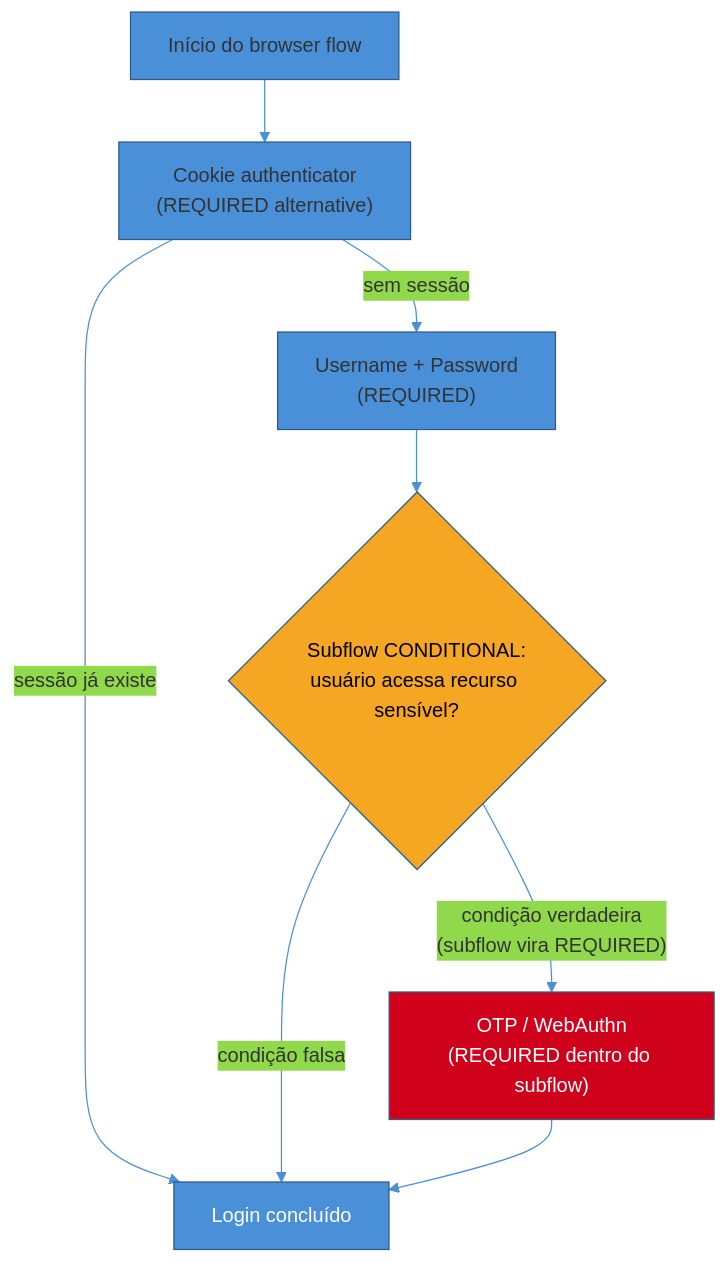
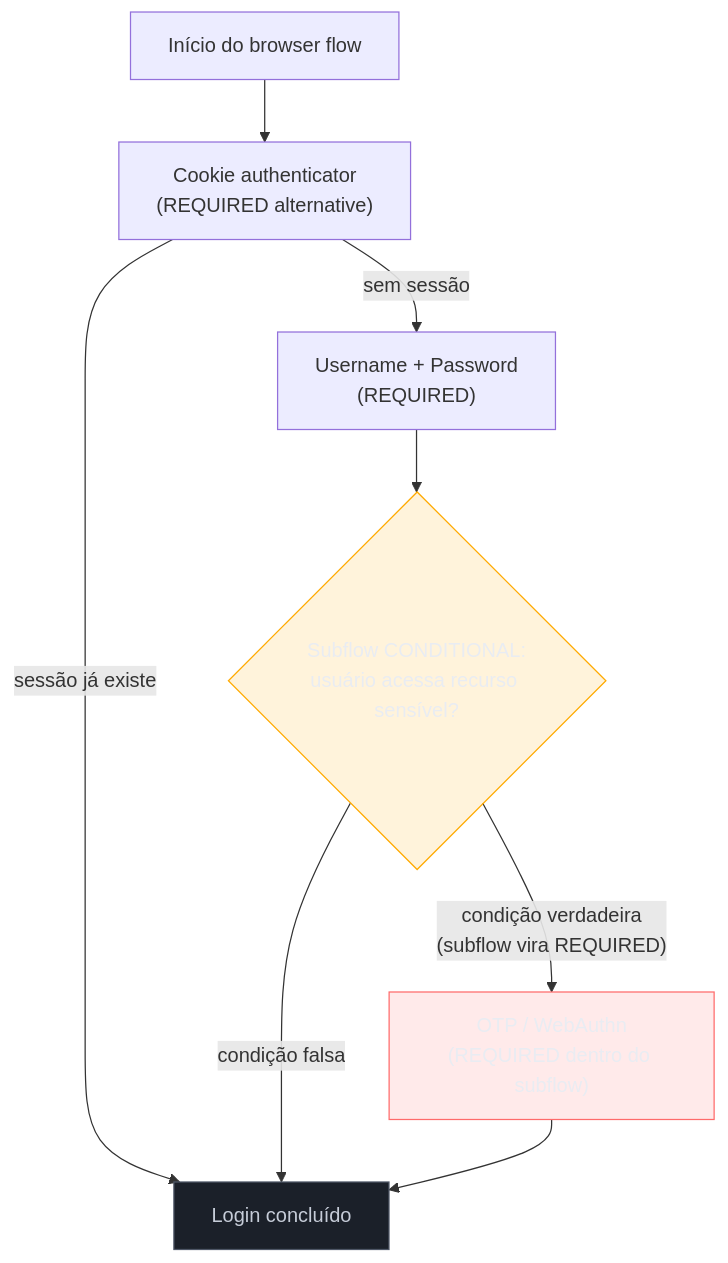
The second of 2 diagrams in 03-Dominios/Engenharia/Auth e Identidade/5 - Keycloak/01 - Keycloak — realms, clients e flows.md (josenaldo/codex-technomanticus), drawn with Mermaid before and after one commit. The commit also changed other lines of this file and 1181 other files, not shown here.

First line of the commit message:
fix(diagramas): paleta do sistema no lugar de cor cravada no markdown

````diff
--- a/03-Dominios/Engenharia/Auth e Identidade/5 - Keycloak/01 - Keycloak — realms, clients e flows.md
+++ b/03-Dominios/Engenharia/Auth e Identidade/5 - Keycloak/01 - Keycloak — realms, clients e flows.md
@@ -156,15 +157,17 @@
 ```mermaid
-%%{init: {"theme": "base", "themeVariables": {"primaryColor": "#4A90D9", "primaryBorderColor": "#2E5C8A", "lineColor": "#4A90D9"}}}%%
 graph TD
+    classDef destaque fill:#FFAA0024,stroke:#FFAA00,color:#E9ECF2
+    classDef falha fill:#FF6B6B24,stroke:#FF6B6B,color:#E9ECF2
+    classDef neutro fill:#1B2029,stroke:#4E5666,color:#C6CCD8
     Start["Início do browser flow"] --> Cookie["Cookie authenticator<br/>(REQUIRED alternative)"]
     Cookie -->|"sessão já existe"| Success["Login concluído"]
     Cookie -->|"sem sessão"| UPForm["Username + Password<br/>(REQUIRED)"]
     UPForm --> Cond{"Subflow CONDITIONAL:<br/>usuário acessa recurso sensível?"}
     Cond -->|"condição falsa"| Success
     Cond -->|"condição verdadeira<br/>(subflow vira REQUIRED)"| OTP["OTP / WebAuthn<br/>(REQUIRED dentro do subflow)"]
     OTP --> Success
 
-    style Cond fill:#F5A623,color:#000
-    style OTP fill:#D0021B,color:#fff
-    style Success fill:#4A90D9,color:#fff
+    class Cond destaque
+    class OTP falha
+    class Success neutro
 ```
````
